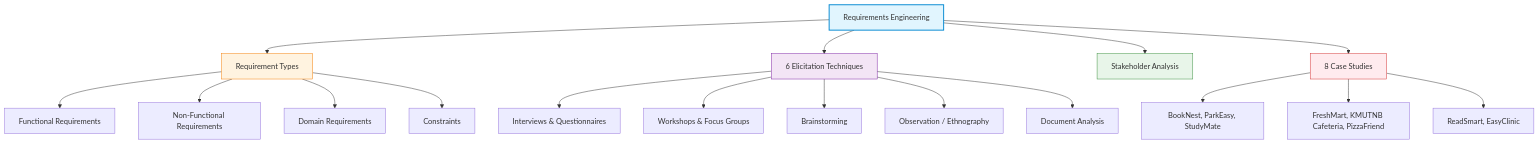
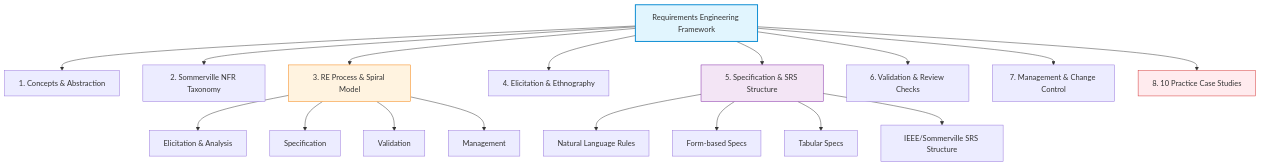
The first of 9 diagrams in Wiki/Lecture 3 - Requirements Engineering, Elicitation & Case Studies.md (kanomoo/software-engineering), drawn with Mermaid before and after one commit. The commit also changed other lines of this file and 5 other files, not shown here.

Commit message:
docs: add Requirements Engineering lecture slides and update wiki progress tracking

````diff
--- a/Wiki/Lecture 3 - Requirements Engineering, Elicitation & Case Studies.md
+++ b/Wiki/Lecture 3 - Requirements Engineering, Elicitation & Case Studies.md
@@ -24,28 +31,26 @@
 ```mermaid
 flowchart TD
-    RE[Requirements Engineering] --> TYPES[Requirement Types]
-    RE --> ELICIT[6 Elicitation Techniques]
-    RE --> STAKE[Stakeholder Analysis]
-    RE --> CASES[8 Case Studies]
+    RE[Requirements Engineering Framework] --> C1[1. Concepts & Abstraction]
+    RE --> C2[2. Sommerville NFR Taxonomy]
+    RE --> C3[3. RE Process & Spiral Model]
+    RE --> C4[4. Elicitation & Ethnography]
+    RE --> C5[5. Specification & SRS Structure]
+    RE --> C6[6. Validation & Review Checks]
+    RE --> C7[7. Management & Change Control]
+    RE --> C8[8. 10 Practice Case Studies]
 
-    TYPES --> T1[Functional Requirements]
-    TYPES --> T2[Non-Functional Requirements]
-    TYPES --> T3[Domain Requirements]
-    TYPES --> T4[Constraints]
+    C3 --> P1[Elicitation & Analysis]
+    C3 --> P2[Specification]
+    C3 --> P3[Validation]
+    C3 --> P4[Management]
 
-    ELICIT --> E1[Interviews & Questionnaires]
-    ELICIT --> E2[Workshops & Focus Groups]
-    ELICIT --> E3[Brainstorming]
-    ELICIT --> E4[Observation / Ethnography]
-    ELICIT --> E5[Document Analysis]
-
-    CASES --> C1[BookNest, ParkEasy, StudyMate]
-    CASES --> C2[FreshMart, KMUTNB Cafeteria, PizzaFriend]
-    CASES --> C3[ReadSmart, EasyClinic]
+    C5 --> S1[Natural Language Rules]
+    C5 --> S2[Form-based Specs]
+    C5 --> S3[Tabular Specs]
+    C5 --> S4[IEEE/Sommerville SRS Structure]
 
     style RE fill:#e1f5fe,stroke:#0288d1,stroke-width:2px
-    style TYPES fill:#fff3e0,stroke:#f57c00
-    style ELICIT fill:#f3e5f5,stroke:#7b1fa2
-    style STAKE fill:#e8f5e9,stroke:#388e3c
-    style CASES fill:#ffebee,stroke:#d32f2f
+    style C3 fill:#fff3e0,stroke:#f57c00
+    style C5 fill:#f3e5f5,stroke:#7b1fa2
+    style C8 fill:#ffebee,stroke:#d32f2f
 ```
````
